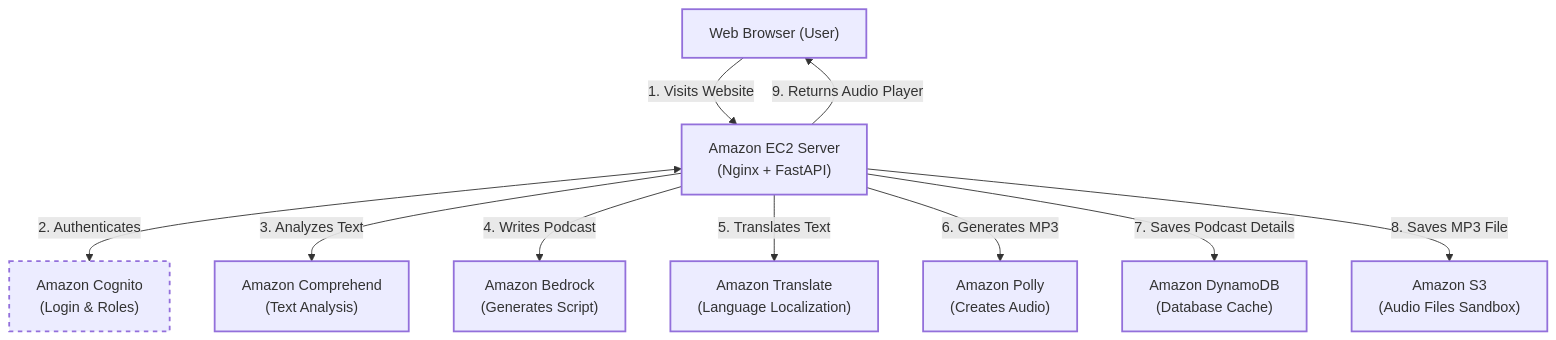
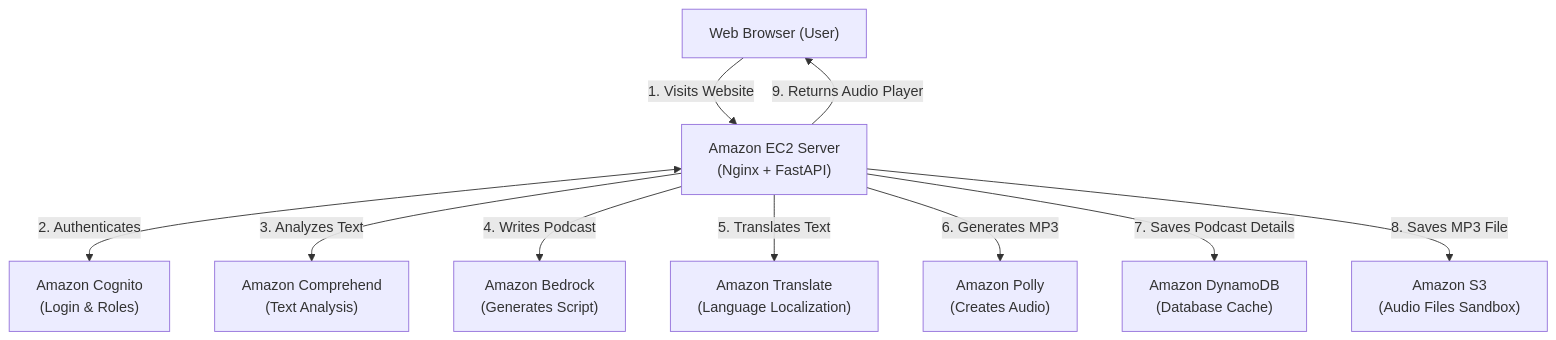
Before and after one commit to Tejasai37/papercast: the diagram in ARCHITECTURE.md, drawn with Mermaid. The commit also changed 1 other file, not shown here.

Commit message:
Created a WORKFLOW

````diff
--- a/ARCHITECTURE.md
+++ b/ARCHITECTURE.md
@@ -7,38 +7,31 @@
 ```mermaid
 flowchart TD
-    %% Define Styles (Removed hardcoded colors for native Light/Dark Mode support)
-    classDef client stroke-width:2px;
-    classDef server stroke-width:2px;
-    classDef awsAuth stroke-width:2px,stroke-dasharray: 5 5;
-    classDef awsAI stroke-width:2px;
-    classDef awsStorage stroke-width:2px;
-
     %% Nodes
-    Browser["Web Browser (User)"]:::client
-    EC2["Amazon EC2 Server<br>(Nginx + FastAPI)"]:::server
+    Browser["Web Browser (User)"]
+    EC2["Amazon EC2 Server<br>(Nginx + FastAPI)"]
     
-    Cognito["Amazon Cognito<br>(Login & Roles)"]:::awsAuth
+    Cognito["Amazon Cognito<br>(Login & Roles)"]
     
-    Bedrock["Amazon Bedrock<br>(Generates Script)"]:::awsAI
-    Polly["Amazon Polly<br>(Creates Audio)"]:::awsAI
-    Translate["Amazon Translate<br>(Language Localization)"]:::awsAI
-    Comprehend["Amazon Comprehend<br>(Text Analysis)"]:::awsAI
+    Bedrock["Amazon Bedrock<br>(Generates Script)"]
+    Polly["Amazon Polly<br>(Creates Audio)"]
+    Translate["Amazon Translate<br>(Language Localization)"]
+    Comprehend["Amazon Comprehend<br>(Text Analysis)"]
     
-    DynamoDB["Amazon DynamoDB<br>(Database Cache)"]:::awsStorage
-    S3["Amazon S3<br>(Audio Files Sandbox)"]:::awsStorage
+    DynamoDB["Amazon DynamoDB<br>(Database Cache)"]
+    S3["Amazon S3<br>(Audio Files Sandbox)"]
 
     %% Core Flow
     Browser -->|1. Visits Website| EC2
     
     EC2 <-->|2. Authenticates| Cognito
     
     EC2 -->|3. Analyzes Text| Comprehend
     EC2 -->|4. Writes Podcast| Bedrock
     EC2 -->|5. Translates Text| Translate
     EC2 -->|6. Generates MP3| Polly
     
     EC2 -->|7. Saves Podcast Details| DynamoDB
     EC2 -->|8. Saves MP3 File| S3
     
     EC2 -->|9. Returns Audio Player| Browser
 ```
````
